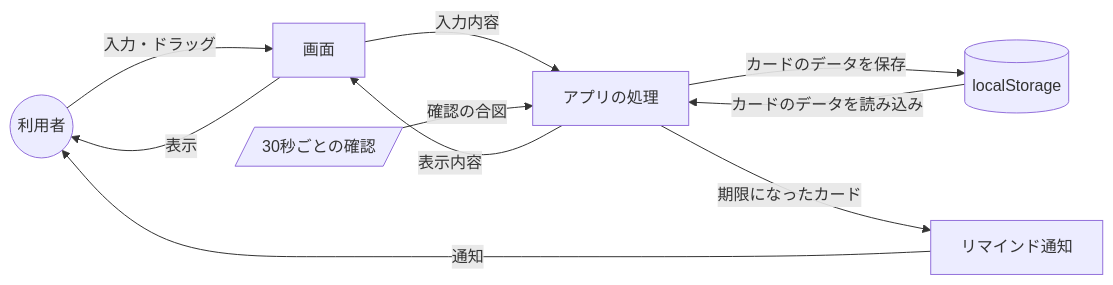
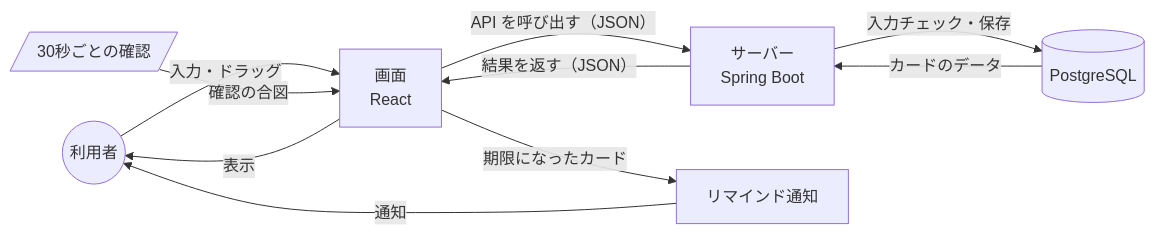
The diagram in docs/design/data-flow.md (mk242329/taskmanagement), drawn with Mermaid before and after one commit. The commit also changed other lines of this file and 7 other files, not shown here.

First line of the commit message:
技術スタックを Java + Spring Boot、React、PostgreSQL に変更し、関連ドキュメントを更新

````diff
--- a/docs/design/data-flow.md
+++ b/docs/design/data-flow.md
@@ -9,19 +10,19 @@
 ```mermaid
 flowchart LR
     User((利用者))
-    Screen[画面]
-    App[アプリの処理]
-    Store[(localStorage)]
+    Screen[画面<br>React]
+    API[サーバー<br>Spring Boot]
+    DB[(PostgreSQL)]
     Timer[/30秒ごとの確認/]
     Notice[リマインド通知]
 
     User -- 入力・ドラッグ --> Screen
-    Screen -- 入力内容 --> App
-    App -- カードのデータを保存 --> Store
-    Store -- カードのデータを読み込み --> App
-    App -- 表示内容 --> Screen
+    Screen -- "API を呼び出す（JSON）" --> API
+    API -- 入力チェック・保存 --> DB
+    DB -- カードのデータ --> API
+    API -- "結果を返す（JSON）" --> Screen
     Screen -- 表示 --> User
-    Timer -- 確認の合図 --> App
-    App -- 期限になったカード --> Notice
+    Timer -- 確認の合図 --> Screen
+    Screen -- 期限になったカード --> Notice
     Notice -- 通知 --> User
 ```
````
